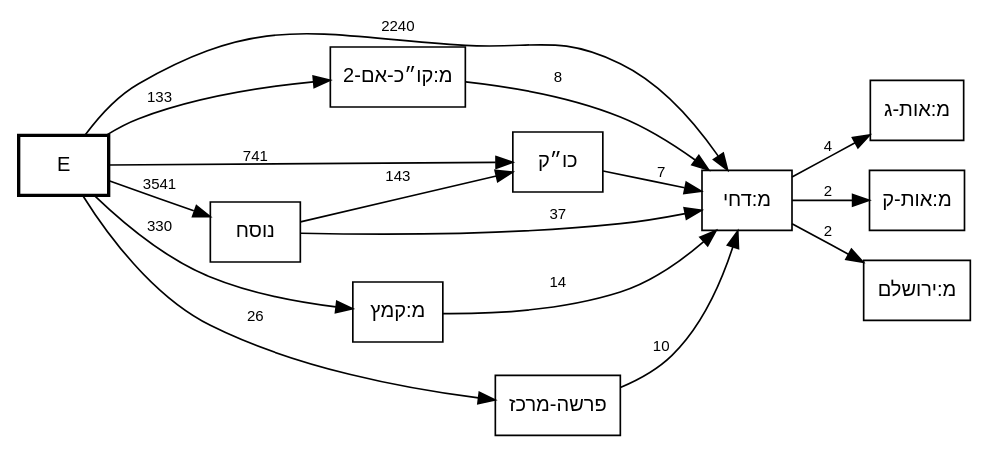
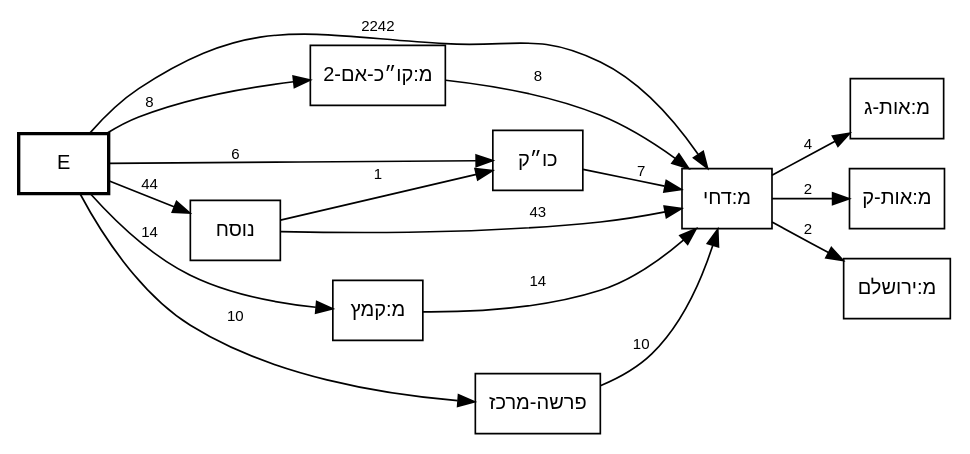
Before and after one commit to bdenckla/MAM-basics: the diagram in out/MAM-tmpl-survey/plain-dchi-call-graph.dot, drawn with Graphviz. The commit also changed 11 other files, not shown here.

First line of the commit message:
Scope focused call-graph edge counts to target-involving stacks

```diff
--- a/out/MAM-tmpl-survey/plain-dchi-call-graph.dot
+++ b/out/MAM-tmpl-survey/plain-dchi-call-graph.dot
@@ -1,32 +1,32 @@
 // This file was generated by MAM-basics/py/main_tmpl_survey.py.
 // Do not edit by hand.
 digraph template_call_graph {
     rankdir=LR;
     node [fontname="SBL Hebrew,Helvetica", fontsize=12];
     edge [fontname="Helvetica", fontsize=9];
     graph [comment="This file was generated by MAM-basics/py/main_tmpl_survey.py."];
 
     // Column nodes
     node [shape=box, style=bold];
     "E";
 
     // Template nodes
     node [shape=box, style=""];
 
     // Edges
-    "E" -> "כו״ק" [label="741"];
-    "E" -> "מ:דחי" [label="2240"];
-    "E" -> "מ:קו״כ-אם-2" [label="133"];
-    "E" -> "מ:קמץ" [label="330"];
-    "E" -> "נוסח" [label="3541"];
-    "E" -> "פרשה-מרכז" [label="26"];
+    "E" -> "כו״ק" [label="6"];
+    "E" -> "מ:דחי" [label="2242"];
+    "E" -> "מ:קו״כ-אם-2" [label="8"];
+    "E" -> "מ:קמץ" [label="14"];
+    "E" -> "נוסח" [label="44"];
+    "E" -> "פרשה-מרכז" [label="10"];
     "כו״ק" -> "מ:דחי" [label="7"];
     "מ:דחי" -> "מ:אות-ג" [label="4"];
     "מ:דחי" -> "מ:אות-ק" [label="2"];
     "מ:דחי" -> "מ:ירושלם" [label="2"];
     "מ:קו״כ-אם-2" -> "מ:דחי" [label="8"];
     "מ:קמץ" -> "מ:דחי" [label="14"];
-    "נוסח" -> "כו״ק" [label="143"];
-    "נוסח" -> "מ:דחי" [label="37"];
+    "נוסח" -> "כו״ק" [label="1"];
+    "נוסח" -> "מ:דחי" [label="43"];
     "פרשה-מרכז" -> "מ:דחי" [label="10"];
 }
```
